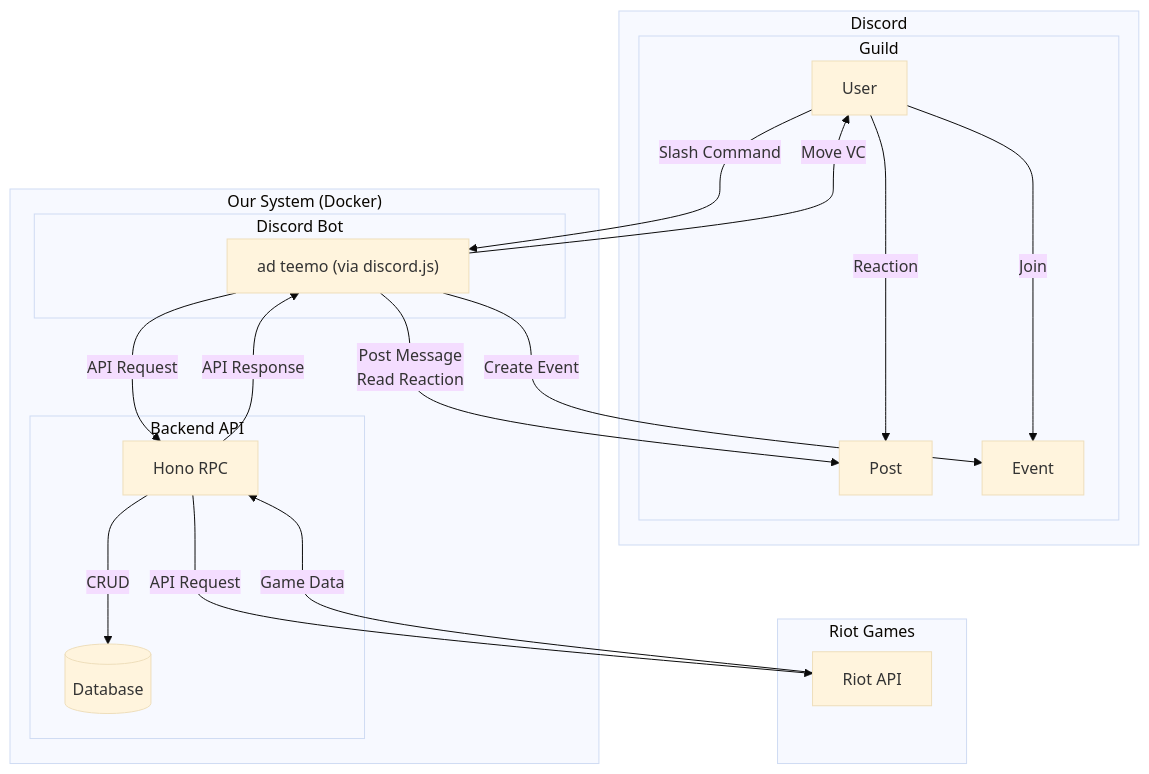
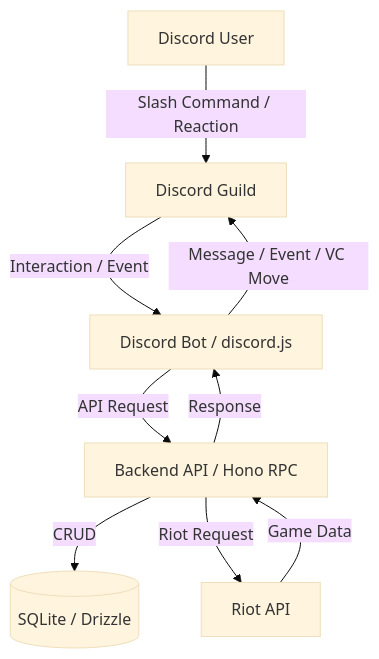
One commit to akgm3i/ADTeemo changed the diagram in SPEC.md. Above: the diagram before and after it, drawn with Mermaid (base theme). The commit also changed other lines of this file and 8 other files, not shown here.

````diff
--- a/SPEC.md
+++ b/SPEC.md
@@ -15,36 +13,18 @@
 ```mermaid
 graph TD
-    subgraph Discord
-      subgraph Guild
-          User
-          Post
-          Event
-        end
-    end
+    User[Discord User]
+    Discord[Discord Guild]
+    Bot[Discord Bot / discord.js]
+    API[Backend API / Hono RPC]
+    DB[(SQLite / Drizzle)]
+    Riot[Riot API]
 
-    subgraph "Our System (Docker)"
-        subgraph "Discord Bot"
-            Bot["ad teemo (via discord.js)"]
-        end
-        subgraph "Backend API"
-            API[Hono RPC]
-            DB[(Database)]
-        end
-    end
-
-    subgraph "Riot Games"
-        RiotAPI[Riot API]
-    end
-
-    User -- Slash Command --> Bot
-    User -- Reaction --> Post
-    User -- Join --> Event
-    Bot -- Post Message<br>Read Reaction --> Post
+    User -- Slash Command / Reaction --> Discord
+    Discord -- Interaction / Event --> Bot
     Bot -- API Request --> API
     API -- CRUD --> DB
-    API -- API Request --> RiotAPI
-    RiotAPI -- Game Data --> API
-    API -- API Response --> Bot
-    Bot -- Move VC --> User
-    Bot -- Create Event --> Event
+    API -- Riot Request --> Riot
+    Riot -- Game Data --> API
+    API -- Response --> Bot
+    Bot -- Message / Event / VC Move --> Discord
 ```
````
